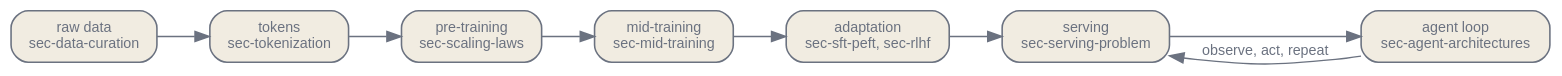
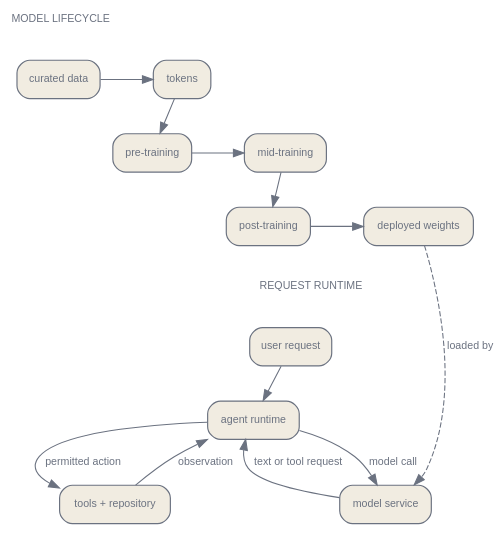
One commit to latere-ai/ai-as-an-infrastructure changed the first of 2 diagrams in en/orientation/01-whole-stack.qmd. Above: the diagram before and after it, drawn with Graphviz. The commit also changed other lines of this file and 5 other files, not shown here.

Commit message:
book: rewrite whole-stack chapter for clarity

````diff
--- a/en/orientation/01-whole-stack.qmd
+++ b/en/orientation/01-whole-stack.qmd
@@ -120,25 +166,43 @@
 ```{dot}
 //| label: fig-whole-stack-pipeline
-//| fig-cap: "One request traced through the stack, from a web-scraped corpus to an agent loop that observes and acts. Each box names the layer and the chapter that owns it."
+//| fig-cap: "Two connected paths. The model lifecycle produces deployed weights. At runtime, an agent sends requests to a model service and exchanges actions and observations with tools and the repository."
 digraph {
   bgcolor="transparent";
-  rankdir=LR;
-  nodesep=0.4; ranksep=0.5;
+  rankdir=TB;
+  size="6,5";
+  ratio=compress;
+  nodesep=0.35; ranksep=0.45;
   node [shape=box, style="rounded,filled", fontname="Helvetica", fontsize=10, color="#6b7280", fontcolor="#6b7280", fillcolor="#f1ece1", penwidth=1.1];
   edge [fontsize=10, fontname="Helvetica", color="#6b7280", fontcolor="#6b7280"];
-  D [label="raw data\nsec-data-curation"];
-  T [label="tokens\nsec-tokenization"];
-  P [label="pre-training\nsec-scaling-laws"];
-  M [label="mid-training\nsec-mid-training"];
-  A [label="adaptation\nsec-sft-peft, sec-rlhf"];
-  S [label="serving\nsec-serving-problem"];
-  G [label="agent loop\nsec-agent-architectures"];
-  D -> T;
-  T -> P;
-  P -> M;
-  M -> A;
-  A -> S;
-  S -> G;
-  G -> S [label="observe, act, repeat"];
+  LIFE [shape=plain, style="", label="MODEL LIFECYCLE", fontsize=10];
+  subgraph build {
+    D [label="curated data"];
+    T [label="tokens"];
+    P [label="pre-training"];
+    M [label="mid-training"];
+    A [label="post-training"];
+    W [label="deployed weights"];
+    { rank=same; D; T; }
+    { rank=same; P; M; }
+    { rank=same; A; W; }
+    D -> T -> P -> M -> A -> W;
+  }
+  RUN [shape=plain, style="", label="REQUEST RUNTIME", fontsize=10];
+  subgraph run {
+    U [label="user request"];
+    G [label="agent runtime"];
+    S [label="model service"];
+    E [label="tools + repository"];
+    { rank=same; S; E; }
+    U -> G;
+    G -> S [label="model call"];
+    S -> G [label="text or tool request"];
+    G -> E [label="permitted action"];
+    E -> G [label="observation"];
+  }
+  LIFE -> D [style=invis];
+  W -> RUN [style=invis];
+  RUN -> U [style=invis];
+  W -> S [style=dashed, label="loaded by"];
 }
 ```
````
